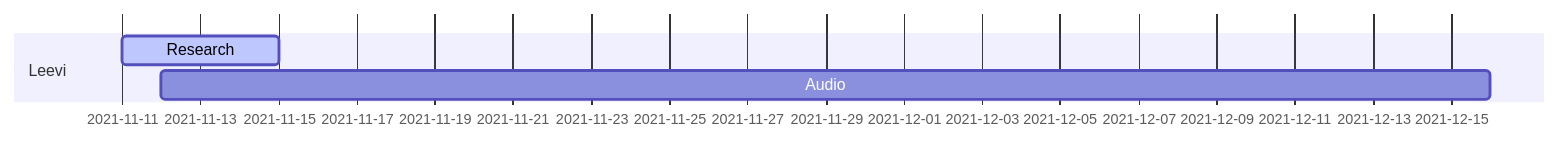
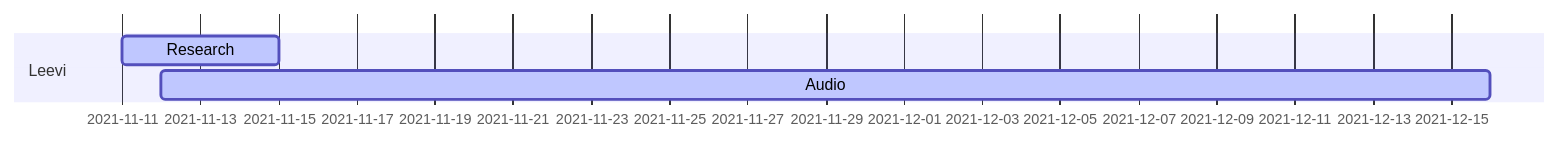
One commit to IlkkaTakala/Eril-Engine changed the seventh of 7 diagrams in docs/ProjectPlan.md. Above: the diagram before and after it, drawn with Mermaid. The commit also changed other lines of this file, not shown here.

Commit message:
Updated timelines

````diff
--- a/docs/ProjectPlan.md
+++ b/docs/ProjectPlan.md
@@ -142,9 +132,9 @@
 ```mermaid
 gantt
 dateFormat  DD-MM
 
 section Leevi
 Research                :active, ldes1, 11-11, 4d
-Audio                   :        ldes2, 12-11, 16-12
+Audio                   :active, ldes2, 12-11, 16-12
 
 ```
````
